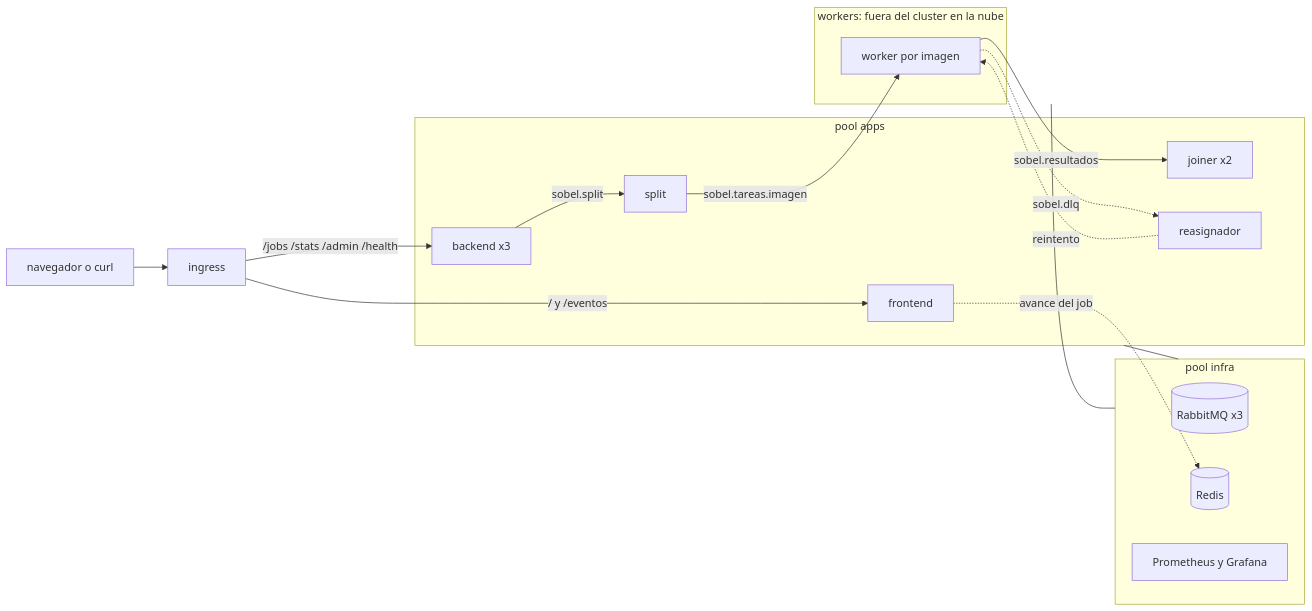
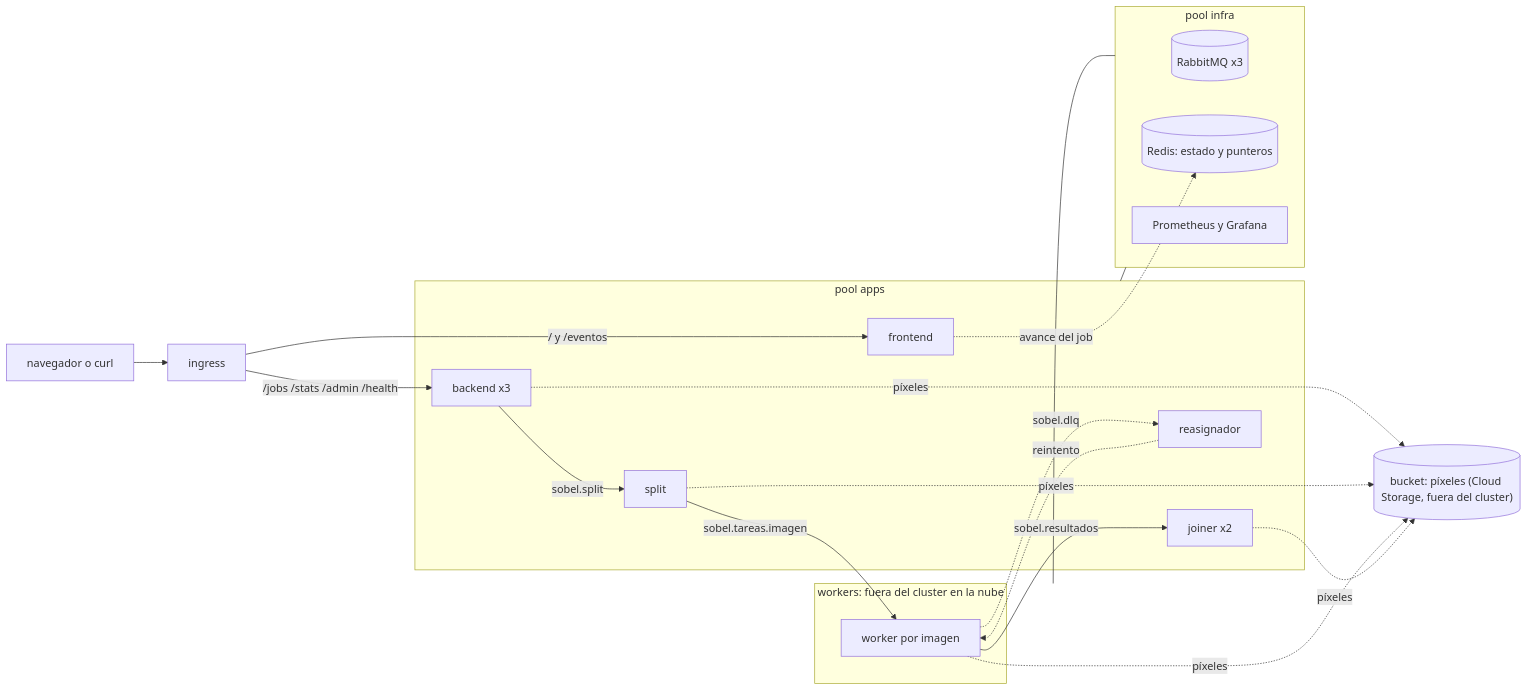
The diagram in hit3/README.md (chimera-sdypp/sdypp_tp3), drawn with Mermaid before and after one commit. The commit also changed other lines of this file and 32 other files, not shown here.

Commit message:
feat(hit3): imágenes en un bucket de Cloud Storage y en Redis sólo el puntero

````diff
--- a/hit3/README.md
+++ b/hit3/README.md
@@ -31,27 +32,29 @@
 ```mermaid
 flowchart LR
     U[navegador o curl] --> I[ingress]
     I -->|"/jobs /stats /admin /health"| B
     I -->|"/ y /eventos"| F
     subgraph apps["pool apps"]
         B[backend x3]
         S[split]
         J[joiner x2]
         R[reasignador]
         F[frontend]
     end
     subgraph fuera["workers: fuera del cluster en la nube"]
         W[worker por imagen]
     end
     subgraph infra["pool infra"]
         MQ[(RabbitMQ x3)]
-        RD[(Redis)]
+        RD[(Redis: estado y punteros)]
         P[Prometheus y Grafana]
     end
+    BK[("bucket: píxeles (Cloud Storage, fuera del cluster)")]
     B -->|sobel.split| S
     S -->|"sobel.tareas.imagen"| W
     W -->|sobel.resultados| J
     F -.->|avance del job| RD
+    B & S & W & J -.->|píxeles| BK
     W -.->|sobel.dlq| R -.->|reintento| W
     apps & fuera --- infra
 ```
````
